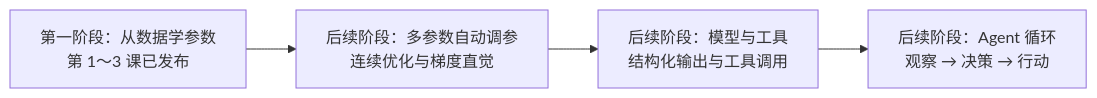
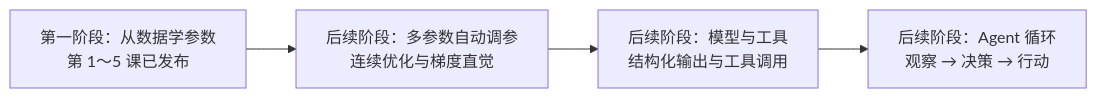
The diagram in src/content/tutorial/agent/README.md (flycodeu/FlyCodeCenter), drawn with Mermaid before and after one commit. The commit also changed other lines of this file and 16 other files, not shown here.

````diff
--- a/src/content/tutorial/agent/README.md
+++ b/src/content/tutorial/agent/README.md
@@ -25,6 +25,6 @@
 ```mermaid
 flowchart LR
-    S1["第一阶段：从数据学参数\n第 1～3 课已发布"] --> S2["后续阶段：多参数自动调参\n连续优化与梯度直觉"]
+    S1["第一阶段：从数据学参数\n第 1～5 课已发布"] --> S2["后续阶段：多参数自动调参\n连续优化与梯度直觉"]
     S2 --> S3["后续阶段：模型与工具\n结构化输出与工具调用"]
     S3 --> S4["后续阶段：Agent 循环\n观察 → 决策 → 行动"]
 ```
````
